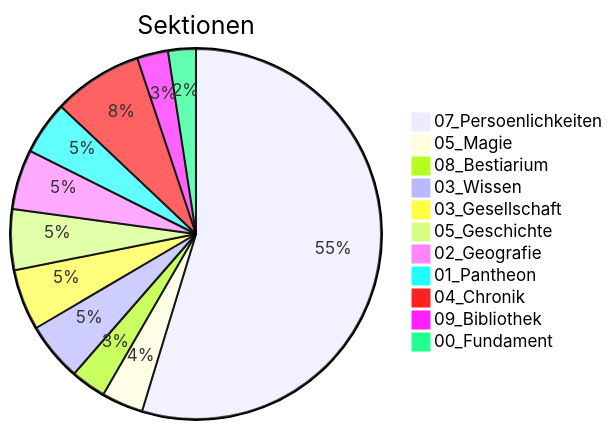
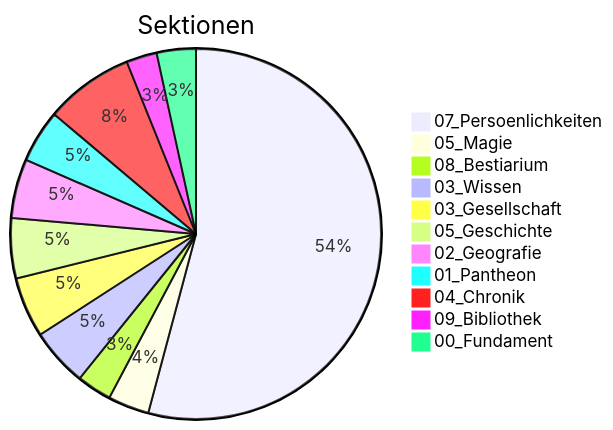
One commit to Siebenwind/7w_wiki changed the diagram in Siebenwind_Wiki/10_Archiv/Wiki_Statistiken.md. Above: the diagram before and after it, drawn with Mermaid. The commit also changed other lines of this file and 2 other files, not shown here.

````diff
--- a/Siebenwind_Wiki/10_Archiv/Wiki_Statistiken.md
+++ b/Siebenwind_Wiki/10_Archiv/Wiki_Statistiken.md
@@ -21,14 +21,14 @@
 ```mermaid
 pie title Sektionen
     "07_Persoenlichkeiten" : 587
     "05_Magie" : 39
     "08_Bestiarium" : 33
     "03_Wissen" : 55
     "03_Gesellschaft" : 57
     "05_Geschichte" : 57
     "02_Geografie" : 56
     "01_Pantheon" : 50
     "04_Chronik" : 84
     "09_Bibliothek" : 29
-    "00_Fundament" : 26
+    "00_Fundament" : 37
 ```
````
